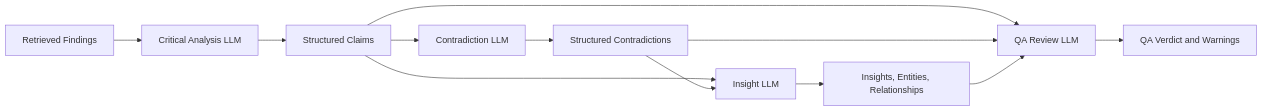
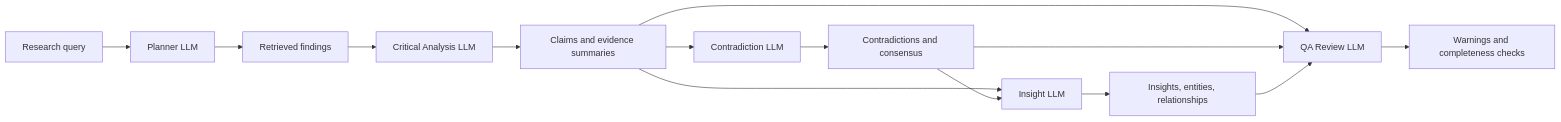
Before and after one commit to greenp8888/Submissions_C5: the third of 10 diagrams in Group_9/ai-hackathon/docs/WORKFLOW_DIAGRAMS.md, drawn with Mermaid. The commit also changed other lines of this file and 35 other files, not shown here.

````diff
--- a/Group_9/ai-hackathon/docs/WORKFLOW_DIAGRAMS.md
+++ b/Group_9/ai-hackathon/docs/WORKFLOW_DIAGRAMS.md
@@ -43,24 +70,28 @@
 ```mermaid
 flowchart LR
-    Findings[Retrieved Findings]
+    Query[Research query]
+    Plan[Planner LLM]
+    Findings[Retrieved findings]
     AnalysisLLM[Critical Analysis LLM]
-    Claims[Structured Claims]
+    Claims[Claims and evidence summaries]
     ContradictionLLM[Contradiction LLM]
-    Contradictions[Structured Contradictions]
+    Disagreement[Contradictions and consensus]
     InsightLLM[Insight LLM]
-    Insights[Insights, Entities, Relationships]
+    Insights[Insights, entities, relationships]
     QALLM[QA Review LLM]
-    QAResult[QA Verdict and Warnings]
+    QAResult[Warnings and completeness checks]
 
+    Query --> Plan
+    Plan --> Findings
     Findings --> AnalysisLLM
     AnalysisLLM --> Claims
     Claims --> ContradictionLLM
-    ContradictionLLM --> Contradictions
+    ContradictionLLM --> Disagreement
     Claims --> InsightLLM
-    Contradictions --> InsightLLM
+    Disagreement --> InsightLLM
     InsightLLM --> Insights
     Claims --> QALLM
-    Contradictions --> QALLM
+    Disagreement --> QALLM
     Insights --> QALLM
     QALLM --> QAResult
 ```
````
